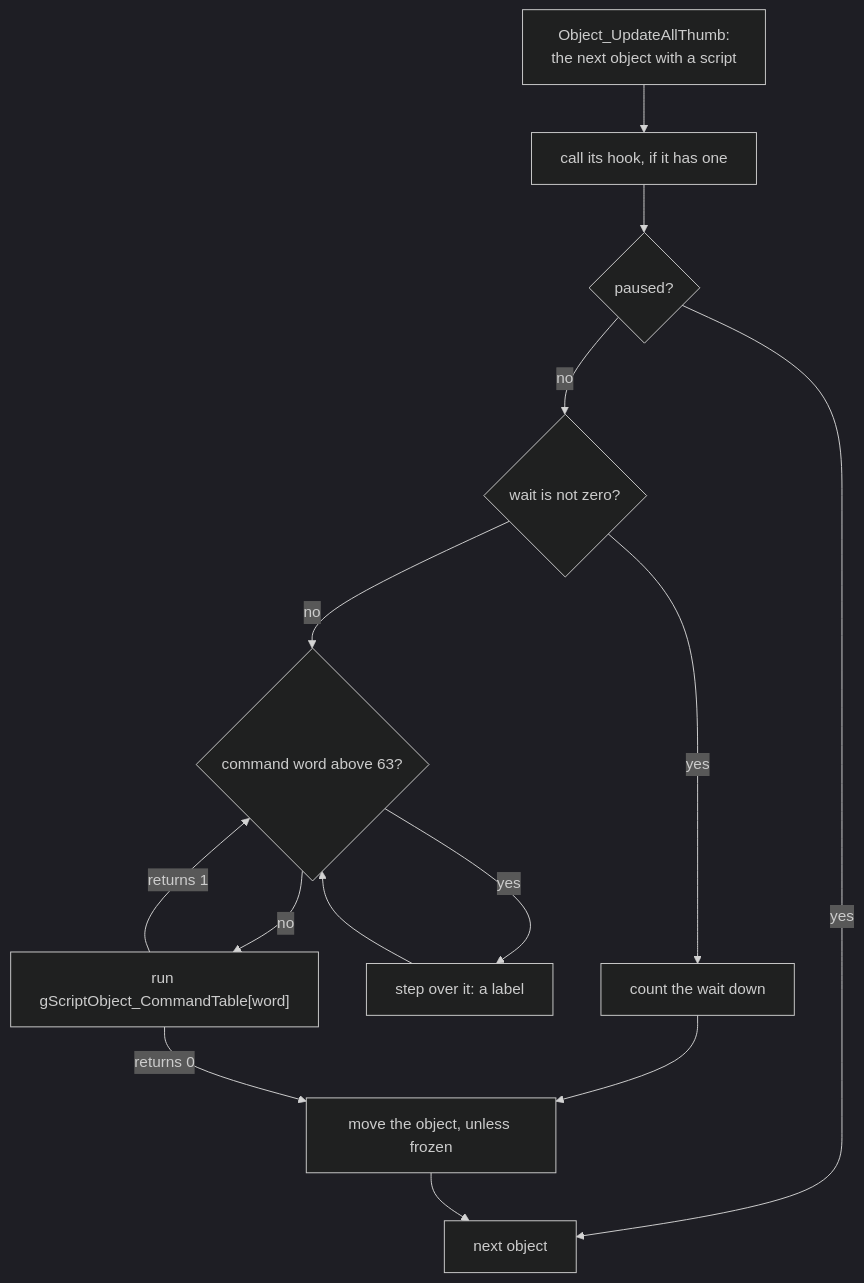
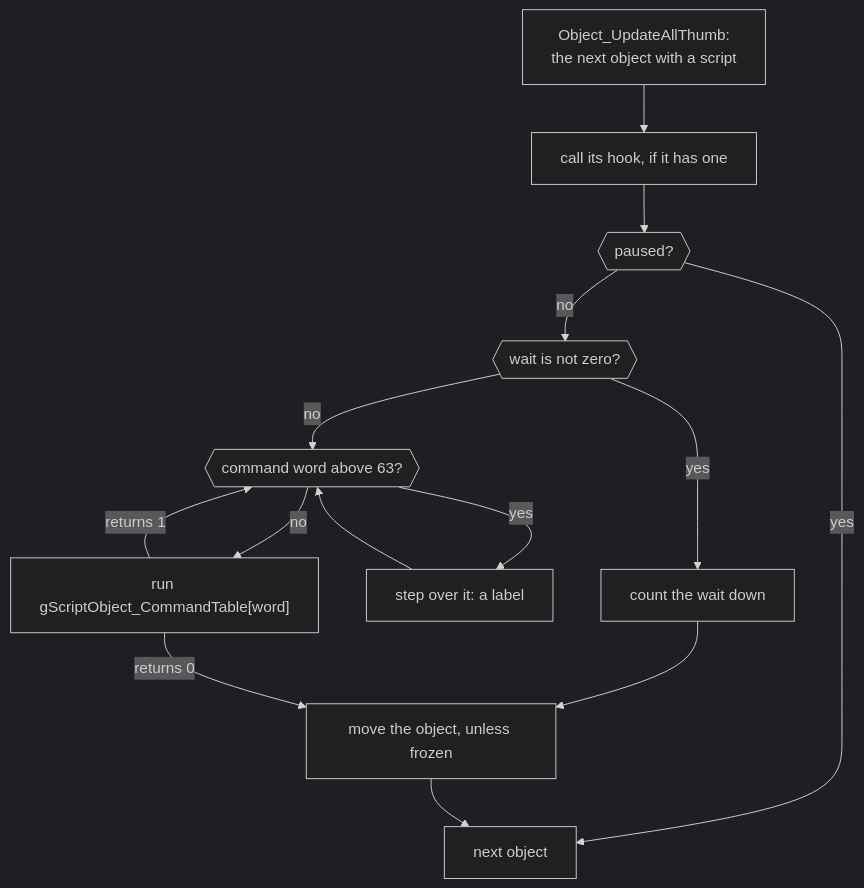
One commit to PascalPixel/alchemy changed the first of 3 diagrams in games/tbs/src/field/README.md. Above: the diagram before and after it, drawn with Mermaid (dark theme). The commit also changed other lines of this file and 17 other files, not shown here.

First line of the commit message:
Docs: diagrams that draw on the site

````diff
--- a/games/tbs/src/field/README.md
+++ b/games/tbs/src/field/README.md
@@ -22,14 +22,14 @@
 ```mermaid
 flowchart TD
     start["Object_UpdateAllThumb:<br/>the next object with a script"] --> hook["call its hook, if it has one"]
-    hook --> paused{"paused?"}
+    hook --> paused{{"paused?"}}
     paused -->|yes| next["next object"]
-    paused -->|no| wait{"wait is not zero?"}
+    paused -->|no| wait{{"wait is not zero?"}}
     wait -->|yes| count["count the wait down"] --> move
-    wait -->|no| word{"command word above 63?"}
+    wait -->|no| word{{"command word above 63?"}}
     word -->|yes| skip["step over it: a label"] --> word
     word -->|no| run["run gScriptObject_CommandTable[word]"]
     run -->|returns 1| word
     run -->|returns 0| move["move the object, unless frozen"]
     move --> next
 ```
````
